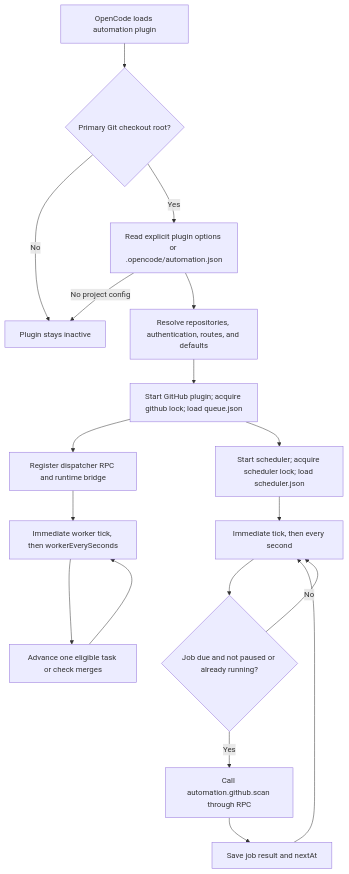
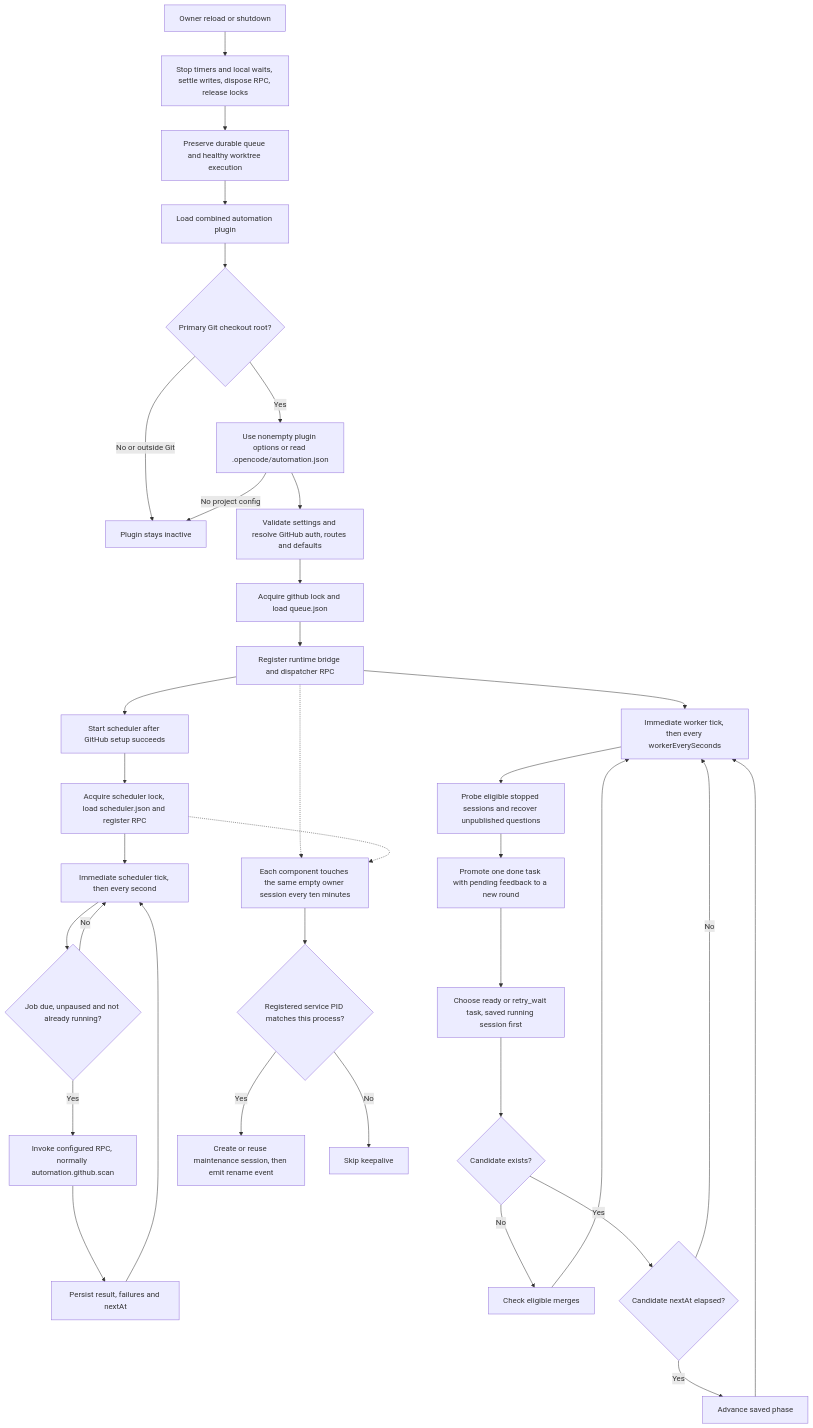
One commit to d3cker/opencode2-github-automation changed the first of 8 diagrams in docs/bot-workflow.md. Above: the diagram before and after it, drawn with Mermaid. The commit also changed other lines of this file and 9 other files, not shown here.

Commit message:
docs: align workflow diagrams and require documentation with code changes

````diff
--- a/docs/bot-workflow.md
+++ b/docs/bot-workflow.md
@@ -10,20 +17,37 @@
 ```mermaid
 flowchart TD
-    Load[OpenCode loads automation plugin] --> Owner{Primary Git checkout root?}
-    Owner -->|No| Inactive[Plugin stays inactive]
-    Owner -->|Yes| Config[Read explicit plugin options or .opencode/automation.json]
+    Load[Load combined automation plugin] --> Owner{Primary Git checkout root?}
+    Owner -->|No or outside Git| Inactive[Plugin stays inactive]
+    Owner -->|Yes| Config[Use nonempty plugin options or read .opencode/automation.json]
     Config -->|No project config| Inactive
-    Config --> Resolve[Resolve repositories, authentication, routes, and defaults]
-    Resolve --> GH[Start GitHub plugin; acquire github lock; load queue.json]
-    GH --> RPC[Register dispatcher RPC and runtime bridge]
-    RPC --> Worker[Immediate worker tick, then workerEverySeconds]
-    GH --> Scheduler[Start scheduler; acquire scheduler lock; load scheduler.json]
-    Scheduler --> Clock[Immediate tick, then every second]
-    Clock --> Due{Job due and not paused or already running?}
-    Due -->|Yes| ScanRPC[Call automation.github.scan through RPC]
-    ScanRPC --> Save[Save job result and nextAt]
+    Config --> Resolve[Validate settings and resolve GitHub auth, routes and defaults]
+    Resolve --> GH[Acquire github lock and load queue.json]
+    GH --> RPC[Register runtime bridge and dispatcher RPC]
+    RPC --> Worker[Immediate worker tick, then every workerEverySeconds]
+    RPC --> Scheduler[Start scheduler after GitHub setup succeeds]
+    Scheduler --> State[Acquire scheduler lock, load scheduler.json and register RPC]
+    State --> Clock[Immediate scheduler tick, then every second]
+    Clock --> Due{Job due, unpaused and not already running?}
+    Due -->|Yes| Scan[Invoke configured RPC, normally automation.github.scan]
+    Scan --> Save[Persist result, failures and nextAt]
     Save --> Clock
     Due -->|No| Clock
-    Worker --> Dispatch[Advance one eligible task or check merges]
+    Worker --> Recover[Probe eligible stopped sessions and recover unpublished questions]
+    Recover --> Round[Promote one done task with pending feedback to a new round]
+    Round --> Select[Choose ready or retry_wait task, saved running session first]
+    Select --> Candidate{Candidate exists?}
+    Candidate -->|No| Merge[Check eligible merges]
+    Candidate -->|Yes| TaskDue{Candidate nextAt elapsed?}
+    TaskDue -->|No| Worker
+    TaskDue -->|Yes| Dispatch[Advance saved phase]
     Dispatch --> Worker
+    Merge --> Worker
+    RPC -.-> Keepalive[Each component touches the same empty owner session every ten minutes]
+    State -.-> Keepalive
+    Keepalive --> PID{Registered service PID matches this process?}
+    PID -->|Yes| Touch[Create or reuse maintenance session, then emit rename event]
+    PID -->|No| Skip[Skip keepalive]
+    Stop[Owner reload or shutdown] --> Cleanup[Stop timers and local waits, settle writes, dispose RPC, release locks]
+    Cleanup --> Preserve[Preserve durable queue and healthy worktree execution]
+    Preserve --> Load
 ```
````
